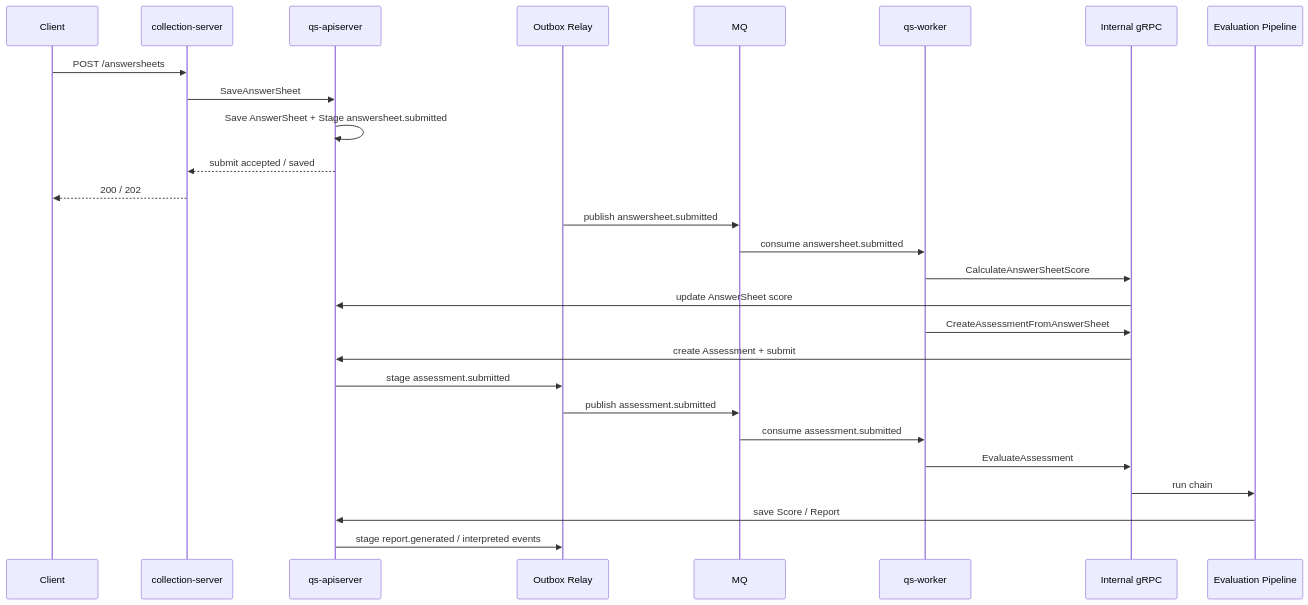
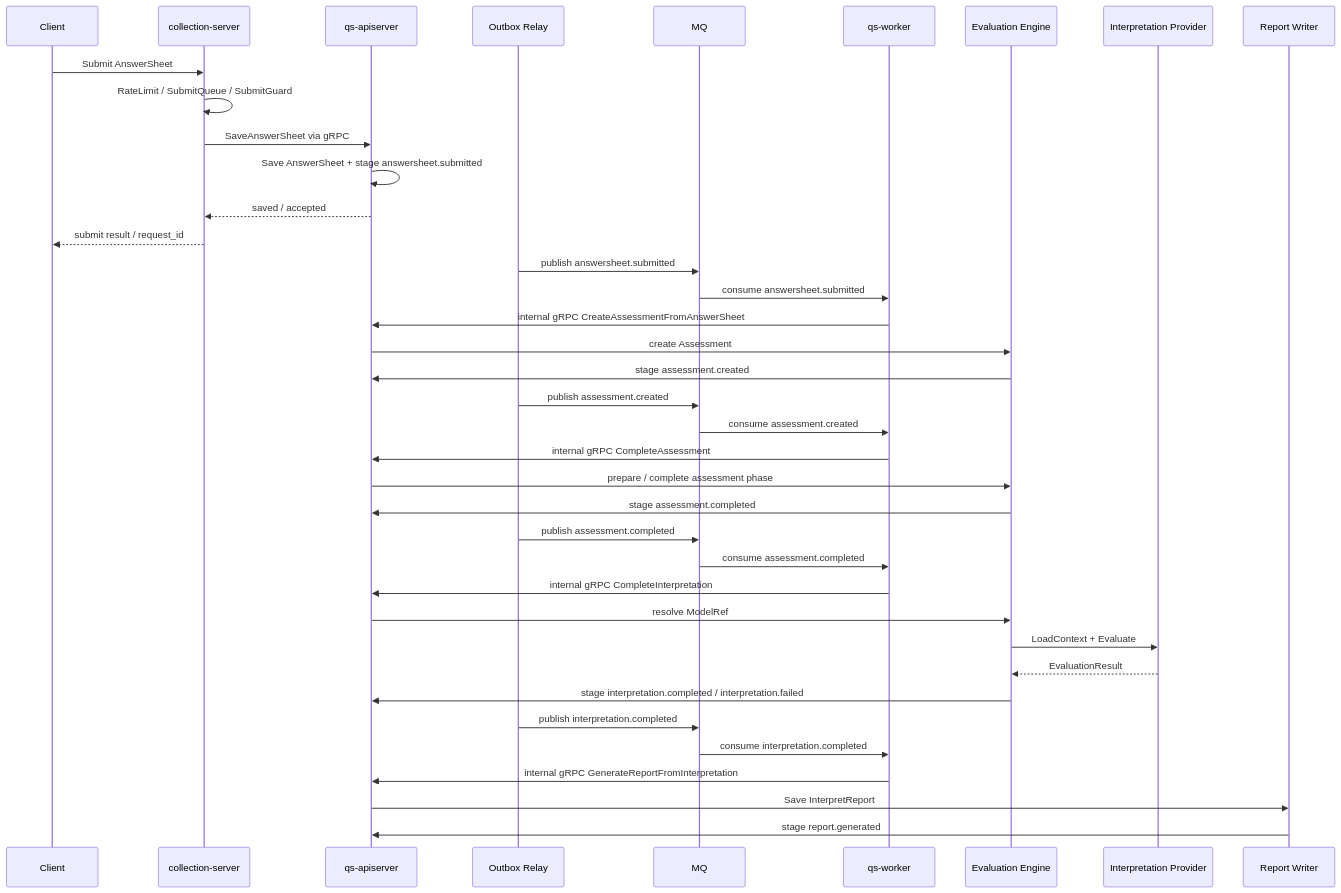
Before and after one commit to FangcunMount/qs-server: the first of 2 diagrams in docs/06-宣讲/04-异步评估链路讲法.md, drawn with Mermaid. The commit also changed other lines of this file and 25 other files, not shown here.

````diff
--- a/docs/06-宣讲/04-异步评估链路讲法.md
+++ b/docs/06-宣讲/04-异步评估链路讲法.md
@@ -69,32 +148,45 @@
 ```mermaid
 sequenceDiagram
     participant Client as Client
     participant Collection as collection-server
     participant API as qs-apiserver
     participant Outbox as Outbox Relay
     participant MQ as MQ
     participant Worker as qs-worker
-    participant Internal as Internal gRPC
-    participant Pipeline as Evaluation Pipeline
+    participant Eval as Evaluation Engine
+    participant Provider as Interpretation Provider
+    participant Report as Report Writer
 
-    Client->>Collection: POST /answersheets
-    Collection->>API: SaveAnswerSheet
-    API->>API: Save AnswerSheet + Stage answersheet.submitted
-    API-->>Collection: submit accepted / saved
-    Collection-->>Client: 200 / 202
+    Client->>Collection: Submit AnswerSheet
+    Collection->>Collection: RateLimit / SubmitQueue / SubmitGuard
+    Collection->>API: SaveAnswerSheet via gRPC
+    API->>API: Save AnswerSheet + stage answersheet.submitted
+    API-->>Collection: saved / accepted
+    Collection-->>Client: submit result / request_id
 
     Outbox->>MQ: publish answersheet.submitted
     MQ->>Worker: consume answersheet.submitted
-    Worker->>Internal: CalculateAnswerSheetScore
-    Internal->>API: update AnswerSheet score
-    Worker->>Internal: CreateAssessmentFromAnswerSheet
-    Internal->>API: create Assessment + submit
-    API->>Outbox: stage assessment.submitted
+    Worker->>API: internal gRPC CreateAssessmentFromAnswerSheet
+    API->>Eval: create Assessment
+    Eval->>API: stage assessment.created
 
-    Outbox->>MQ: publish assessment.submitted
-    MQ->>Worker: consume assessment.submitted
-    Worker->>Internal: EvaluateAssessment
-    Internal->>Pipeline: run chain
-    Pipeline->>API: save Score / Report
-    API->>Outbox: stage report.generated / interpreted events
+    Outbox->>MQ: publish assessment.created
+    MQ->>Worker: consume assessment.created
+    Worker->>API: internal gRPC CompleteAssessment
+    API->>Eval: prepare / complete assessment phase
+    Eval->>API: stage assessment.completed
+
+    Outbox->>MQ: publish assessment.completed
+    MQ->>Worker: consume assessment.completed
+    Worker->>API: internal gRPC CompleteInterpretation
+    API->>Eval: resolve ModelRef
+    Eval->>Provider: LoadContext + Evaluate
+    Provider-->>Eval: EvaluationResult
+    Eval->>API: stage interpretation.completed / interpretation.failed
+
+    Outbox->>MQ: publish interpretation.completed
+    MQ->>Worker: consume interpretation.completed
+    Worker->>API: internal gRPC GenerateReportFromInterpretation
+    API->>Report: Save InterpretReport
+    Report->>API: stage report.generated
 ```
````
